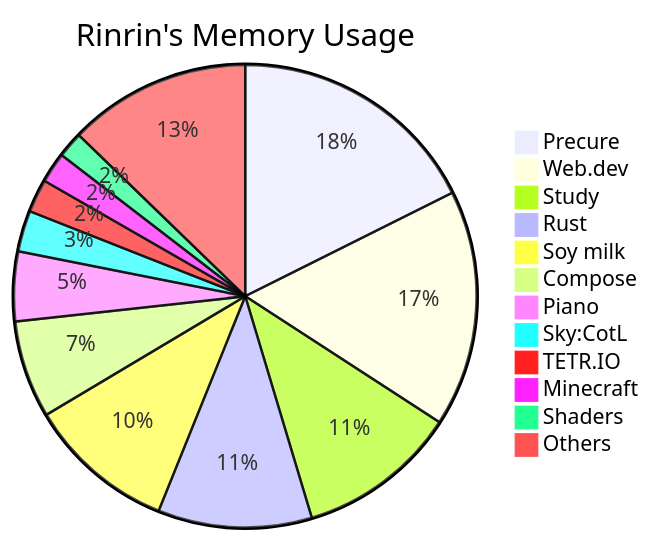
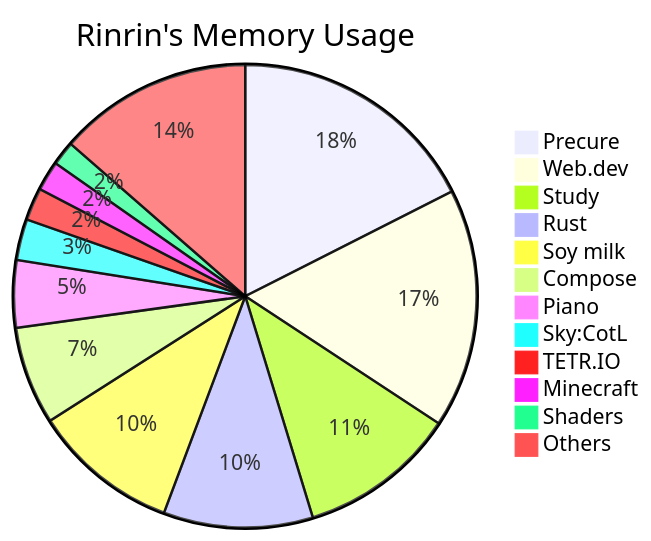
The diagram in README.md (Rinrin0413/Rinrin0413), drawn with Mermaid before and after one commit.

Commit message:
🛠 Update: Rinrin's Memory Usage

````diff
--- a/README.md
+++ b/README.md
@@ -75,15 +75,15 @@
 ```mermaid
 pie title Rinrin's Memory Usage
-    "Precure": 554
-    "Web.dev": 520
-    "Study": 352
-    "Rust": 338
-    "Soy milk": 325
-    "Compose": 214
-    "Piano": 153
-    "Sky:CotL": 90
+    "Precure": 563
+    "Web.dev": 537
+    "Study": 354
+    "Rust": 335
+    "Soy milk": 329
+    "Compose": 220
+    "Piano": 151
+    "Sky:CotL": 92
     "TETR.IO": 73
     "Minecraft": 67
-    "Shaders": 57
-    "Others": 401
+    "Shaders": 54
+    "Others": 436
 ```
````
